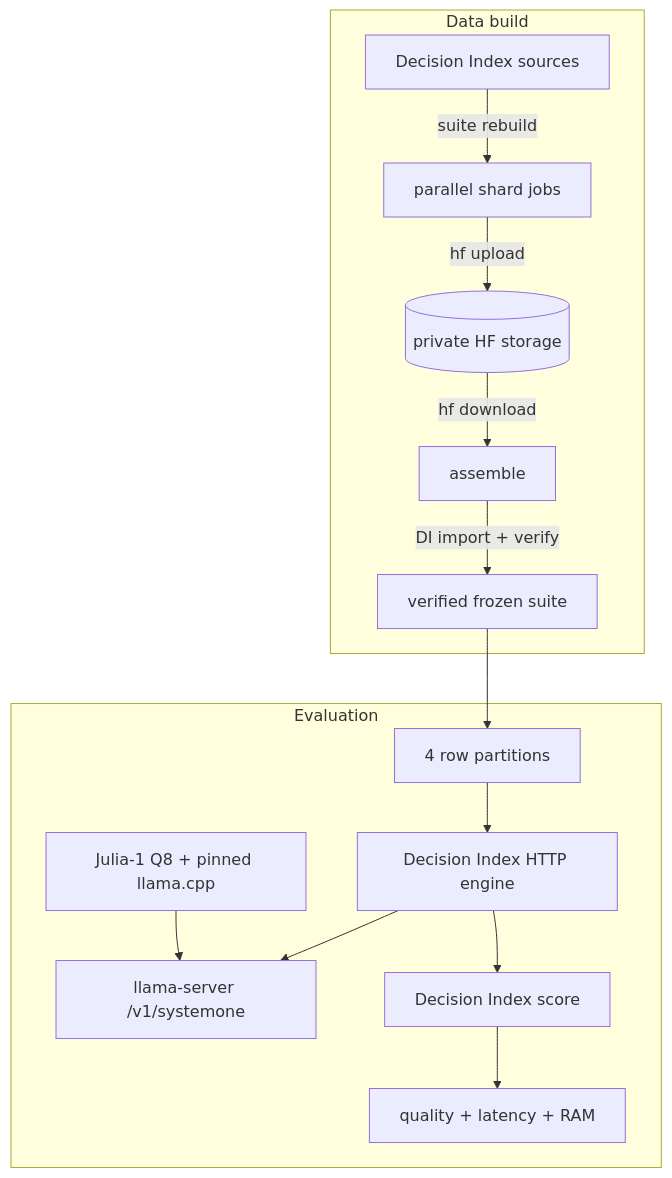
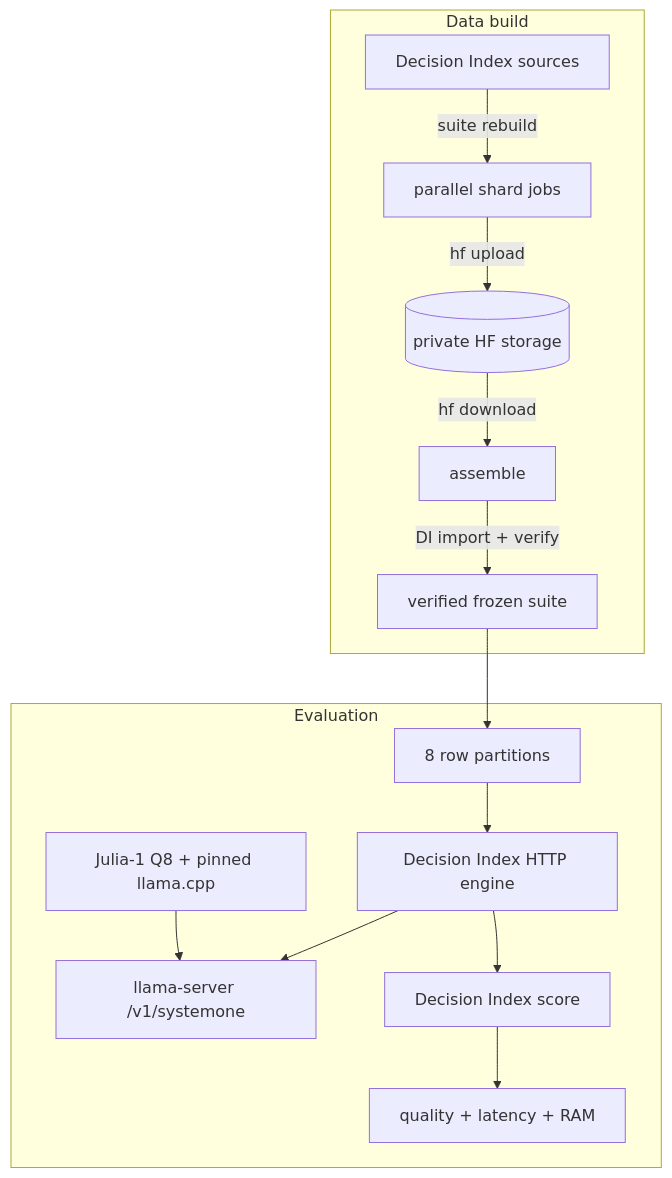
The diagram in .github/README.md (datGryphon/systemone-eval), drawn with Mermaid before and after one commit. The commit also changed other lines of this file, not shown here.

````diff
--- a/.github/README.md
+++ b/.github/README.md
@@ -11,31 +11,31 @@
 ```mermaid
 flowchart TD
     subgraph BUILD["Data build"]
         DI[Decision Index sources]
         SHARDS[parallel shard jobs]
         STORE[(private HF storage)]
         ASSEMBLE[assemble]
         SUITE[verified frozen suite]
 
         DI -->|suite rebuild| SHARDS
         SHARDS -->|hf upload| STORE
         STORE -->|hf download| ASSEMBLE
         ASSEMBLE -->|DI import + verify| SUITE
     end
 
     subgraph EVAL["Evaluation"]
-        SPLIT[4 row partitions]
+        SPLIT[8 row partitions]
         MODEL[Julia-1 Q8 + pinned llama.cpp]
         SERVER[llama-server /v1/systemone]
         ENGINE[Decision Index HTTP engine]
         SCORE[Decision Index score]
         RESULTS[quality + latency + RAM]
 
         SUITE --> SPLIT
         SPLIT --> ENGINE
         MODEL --> SERVER
         ENGINE --> SERVER
         ENGINE --> SCORE
         SCORE --> RESULTS
     end
 ```
````
